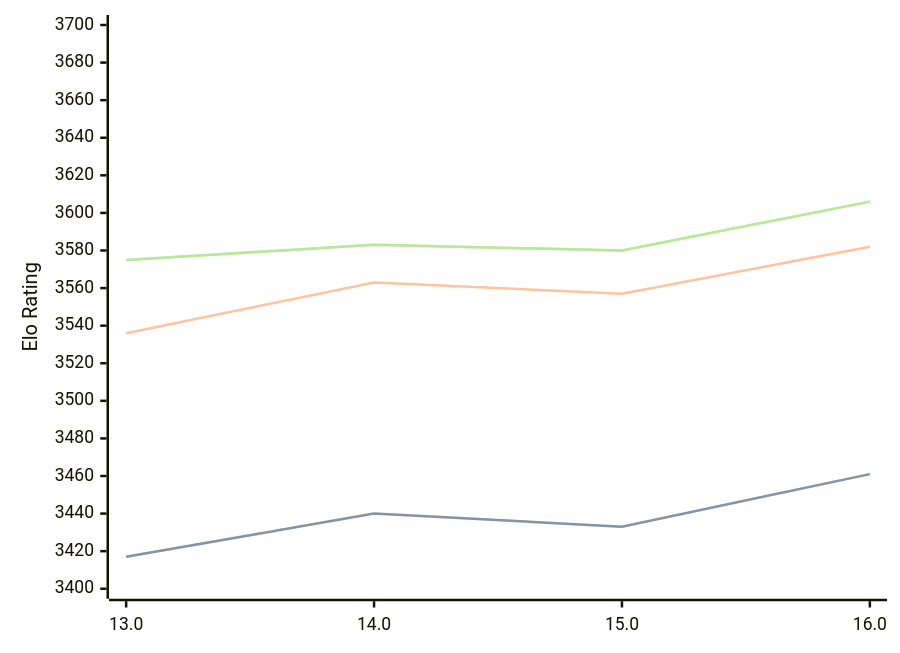
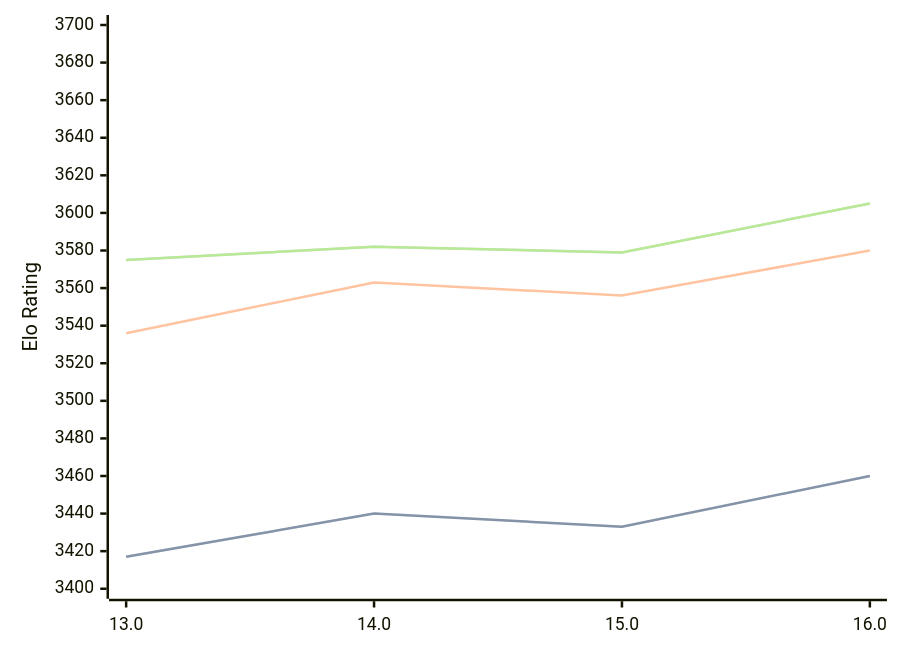
The diagram in engines/Obsidian.md (computer-chess-index/cci), drawn with Mermaid before and after one commit. The commit also changed other lines of this file, not shown here.

Commit message:
Update CCI Ratings (ELO VLTC) - 2026-04-06

````diff
--- a/engines/Obsidian.md
+++ b/engines/Obsidian.md
@@ -43,11 +43,11 @@
 ```mermaid
 %%{init: {"theme":"base","themeVariables":{"seriesColors:['#a3a3a3','#222221','#faa371']}}}%%
 xychart-beta
   x-axis ["13.0", "14.0", "15.0", "16.0"]
   y-axis "Elo Rating" 3400 --> 3700
-  line "STC (8.0+0.08s)" [3417, 3440, 3433, 3461]
-  line "STC (8.0+0.08s)" [3417, 3440, 3433, 3461]
-  line "LTC (60.0+0.60s)" [3536, 3563, 3557, 3582]
-  line "VLTC (2m24s+1.12s)" [3575, 3583, 3580, 3606]
-  line "VLTC (2m24s+1.12s)" [3575, 3583, 3580, 3606]
+  line "STC (8.0+0.08s)" [3417, 3440, 3433, 3460]
+  line "STC (8.0+0.08s)" [3417, 3440, 3433, 3460]
+  line "LTC (60.0+0.60s)" [3536, 3563, 3556, 3580]
+  line "VLTC (2m24s+1.12s)" [3575, 3582, 3579, 3605]
+  line "VLTC (2m24s+1.12s)" [3575, 3582, 3579, 3605]
 ```
````
